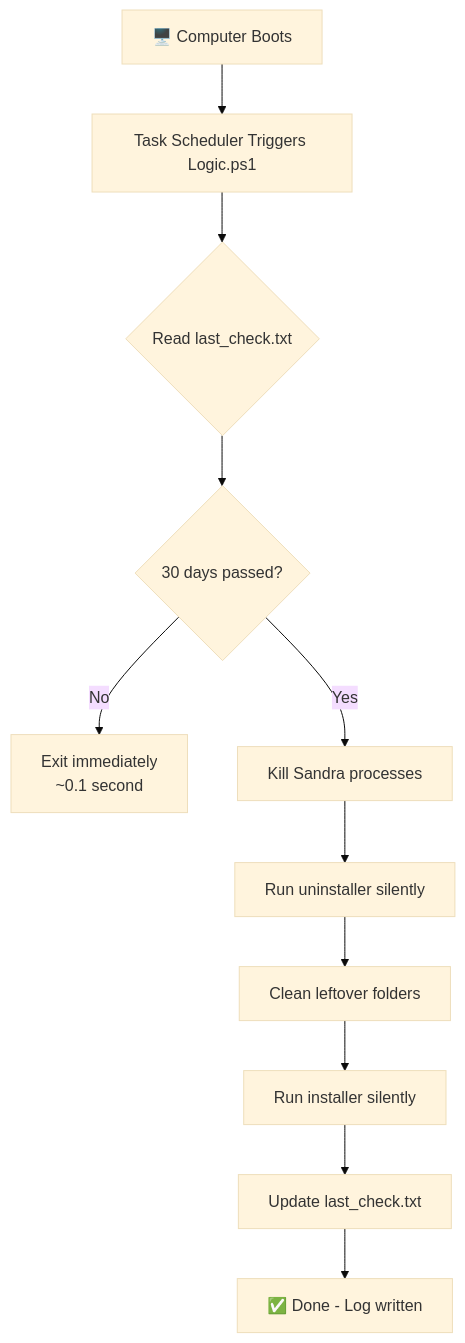
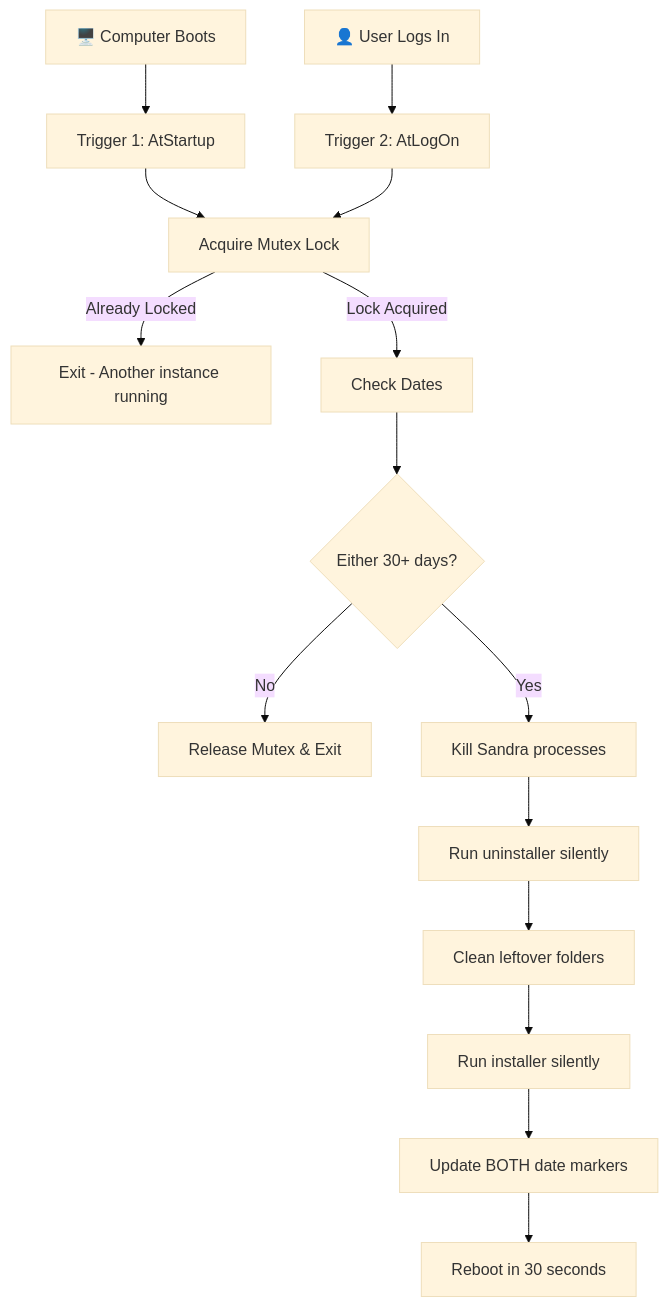
One commit to Eddie000321/installAuto changed the diagram in windowSchedule-Version/README.md. Above: the diagram before and after it, drawn with Mermaid (base theme). The commit also changed other lines of this file and 3 other files, not shown here.

Commit message:
fㅋat: Introduce reinstall trigger test script, enhance setup with auto-elevation and multi-trigger task, and improve logic with mutex and dual date chec..

````diff
--- a/windowSchedule-Version/README.md
+++ b/windowSchedule-Version/README.md
@@ -40,13 +61,17 @@
 ```mermaid
 flowchart TD
-    A[🖥️ Computer Boots] --> B[Task Scheduler Triggers Logic.ps1]
-    B --> C{Read last_check.txt}
-    C --> D{30 days passed?}
-    D -->|No| E[Exit immediately<br>~0.1 second]
-    D -->|Yes| F[Kill Sandra processes]
-    F --> G[Run uninstaller silently]
-    G --> H[Clean leftover folders]
-    H --> I[Run installer silently]
-    I --> J[Update last_check.txt]
-    J --> K[✅ Done - Log written]
+    A[🖥️ Computer Boots] --> T1[Trigger 1: AtStartup]
+    A2[👤 User Logs In] --> T2[Trigger 2: AtLogOn]
+    T1 --> M[Acquire Mutex Lock]
+    T2 --> M
+    M --> |Already Locked| X[Exit - Another instance running]
+    M --> |Lock Acquired| C[Check Dates]
+    C --> E{Either 30+ days?}
+    E --> |No| F[Release Mutex & Exit]
+    E --> |Yes| G[Kill Sandra processes]
+    G --> H[Run uninstaller silently]
+    H --> I[Clean leftover folders]
+    I --> J[Run installer silently]
+    J --> K[Update BOTH date markers]
+    K --> L[Reboot in 30 seconds]
 ```
````
